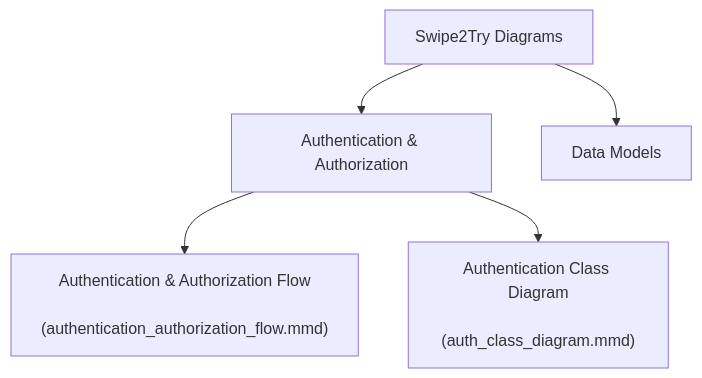
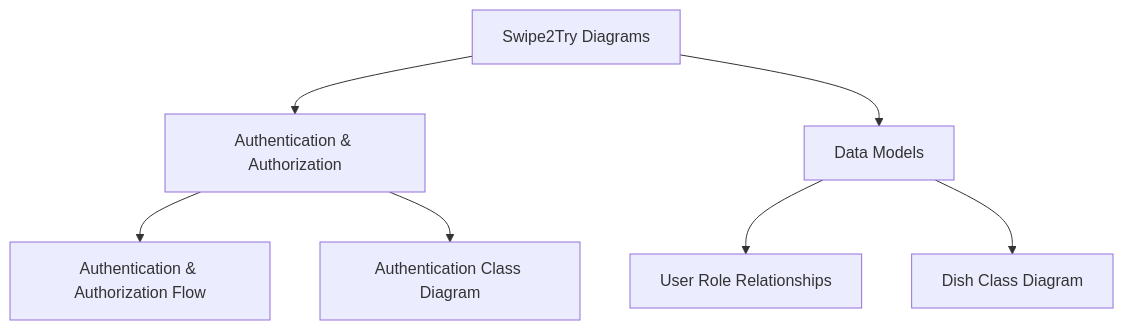
One commit to nick558234/Swipe2Try changed the diagram in docs/diagrams/diagrams_map.mmd. Above: the diagram before and after it, drawn with Mermaid. The commit also changed 4 other files, not shown here.

Commit message:
Remove obsolete authentication and authorization diagrams; update diagrams map to reflect current structure and add links for user role relationships and dish class diagrams.

```diff
--- a/docs/diagrams/diagrams_map.mmd
+++ b/docs/diagrams/diagrams_map.mmd
@@ -1,16 +1,22 @@
-
 flowchart TD
     A[Swipe2Try Diagrams] --> B[Authentication & Authorization]
     A --> E[Data Models]
     
     B --> B2[Auth Flow Diagram]
     B --> B3[Auth Class Diagram]
     
+    E --> E1[User Role Relationships]
+    E --> E2[Dish Class Diagram]
+
     %% Links to actual diagram files
-    B2["Authentication & Authorization Flow
-    (authentication_authorization_flow.mmd)"]
-    B3["Authentication Class Diagram
-    (auth_class_diagram.mmd)"]
+    B2["Authentication & Authorization Flow"]
+    B3["Authentication Class Diagram"]
     
     click B2 "authentication_authorization_flow.mmd"
     click B3 "auth_class_diagram.mmd"
+    
+    E1["User Role Relationships"]
+    E2["Dish Class Diagram"]
+
+    click E1 "user_role_relationships.mmd"
+    click E2 "dish_class_diagram.mmd"
```
